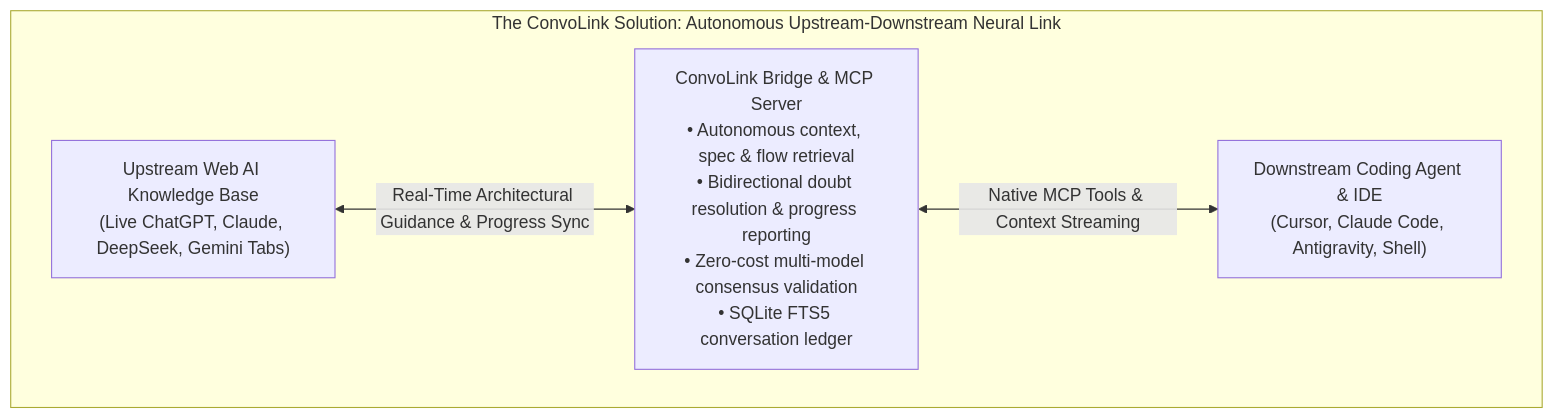
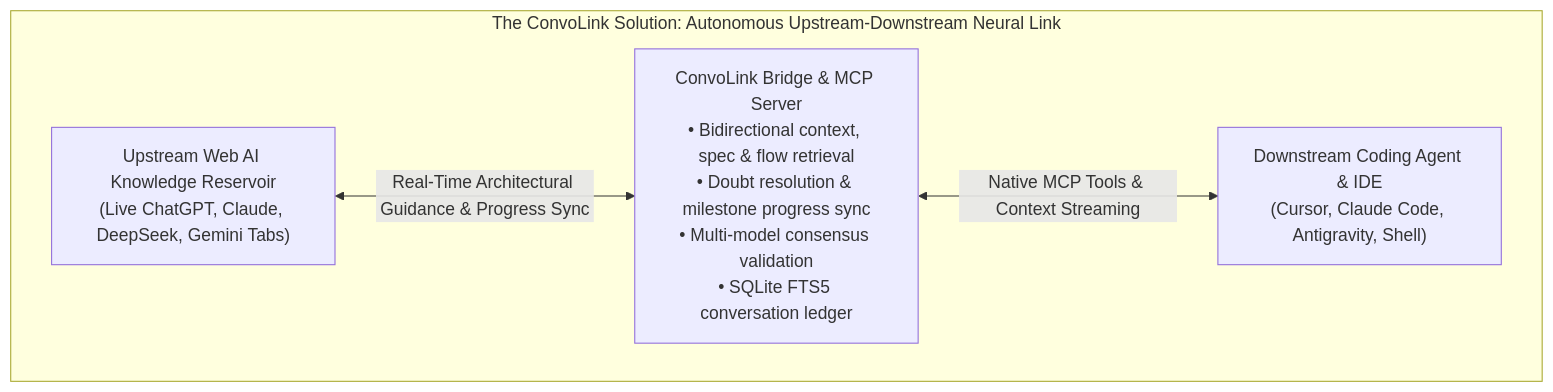
The second of 3 diagrams in README.md (0xTanzim/convolink), drawn with Mermaid before and after one commit. The commit also changed other lines of this file, not shown here.

Commit message:
docs: elevate positioning to AI Engineering Context Bridge and bidirectional feedback loop

````diff
--- a/README.md
+++ b/README.md
@@ -44,10 +55,10 @@
 ```mermaid
 flowchart TD
     subgraph Solution ["The ConvoLink Solution: Autonomous Upstream-Downstream Neural Link"]
-        UpstreamSession["Upstream Web AI Knowledge Base<br/>(Live ChatGPT, Claude, DeepSeek, Gemini Tabs)"]
-        ConvoLink["ConvoLink Bridge & MCP Server<br/>• Autonomous context, spec & flow retrieval<br/>• Bidirectional doubt resolution & progress reporting<br/>• Zero-cost multi-model consensus validation<br/>• SQLite FTS5 conversation ledger"]
+        UpstreamSession["Upstream Web AI Knowledge Reservoir<br/>(Live ChatGPT, Claude, DeepSeek, Gemini Tabs)"]
+        ConvoLink["ConvoLink Bridge & MCP Server<br/>• Bidirectional context, spec & flow retrieval<br/>• Doubt resolution & milestone progress sync<br/>• Multi-model consensus validation<br/>• SQLite FTS5 conversation ledger"]
         LocalIDEAgent["Downstream Coding Agent & IDE<br/>(Cursor, Claude Code, Antigravity, Shell)"]
 
         UpstreamSession <-->|"Real-Time Architectural Guidance & Progress Sync"| ConvoLink <-->|"Native MCP Tools & Context Streaming"| LocalIDEAgent
     end
 ```
````
